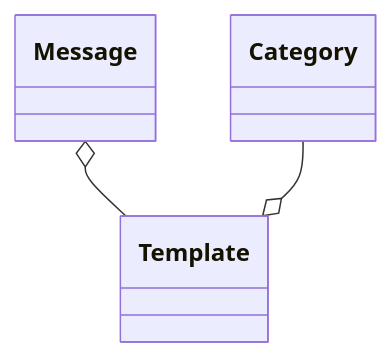
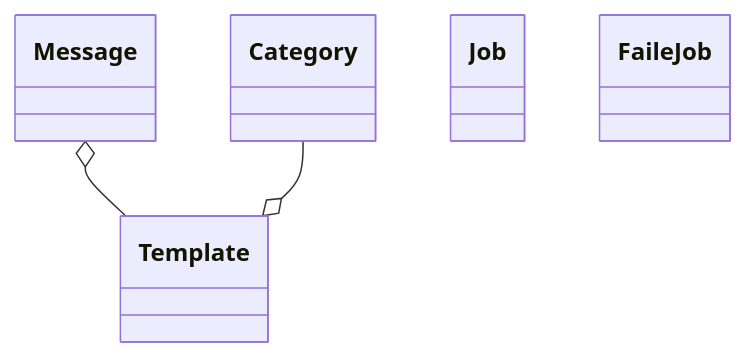
Before and after one commit to MichinobuMaeda/squirrelwheel: the diagram in README.md, drawn with Mermaid. The commit also changed other lines of this file and 39 other files, not shown here.

````diff
--- a/README.md
+++ b/README.md
@@ -37,8 +59,10 @@
 ```mermaid
 classDiagram
 class Category
 class Template
 class Message
+class Job
+class FaileJob
 Message o-- Template
 Category --o Template
 ```
````
